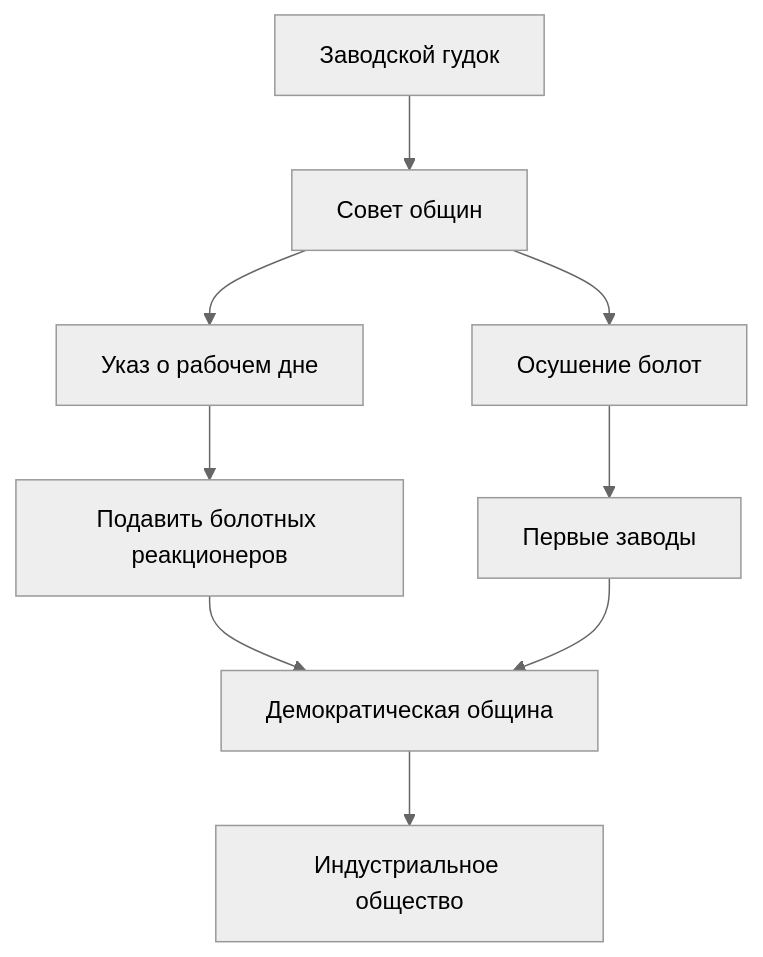
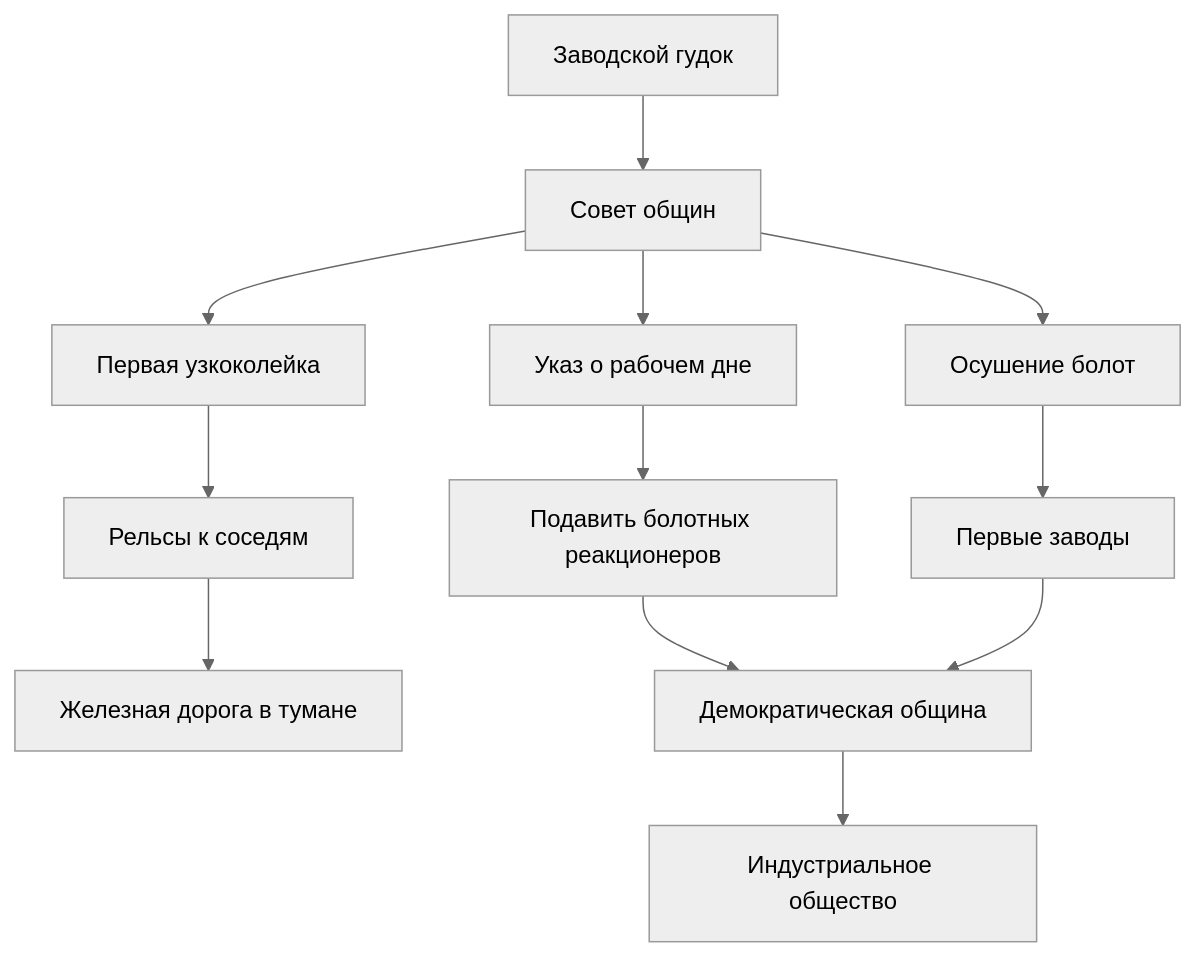
Before and after one commit to CatShredia/casuality-mod: the third of 10 diagrams in docs/focuses/Kazualia-Focus-Tree.md, drawn with Mermaid (neutral theme). The commit also changed other lines of this file and 28 other files, not shown here.

````diff
--- a/docs/focuses/Kazualia-Focus-Tree.md
+++ b/docs/focuses/Kazualia-Focus-Tree.md
@@ -103,11 +107,12 @@
 ```mermaid
 flowchart TD
     R1["Заводской гудок"] --> R2["Совет общин"]
     R2 --> R3["Указ о рабочем дне"]
     R2 --> R4["Осушение болот"]
     R3 --> R5["Подавить болотных реакционеров"]
     R4 --> R6["Первые заводы"]
+    R2 --> RR1["Первая узкоколейка"] --> RR2["Рельсы к соседям"] --> RR3["Железная дорога в тумане"]
     R5 --> R7["Демократическая община"]
     R6 --> R7
     R7 --> R8["Индустриальное общество"]
 ```
````
